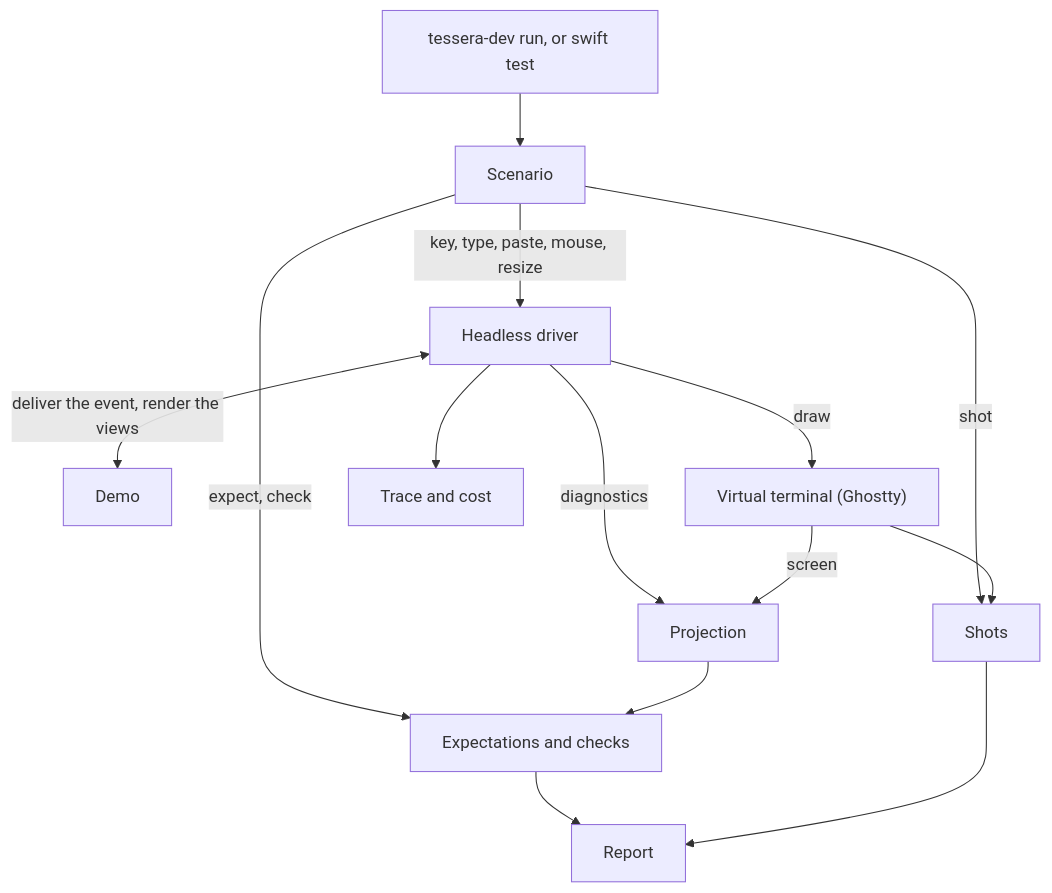
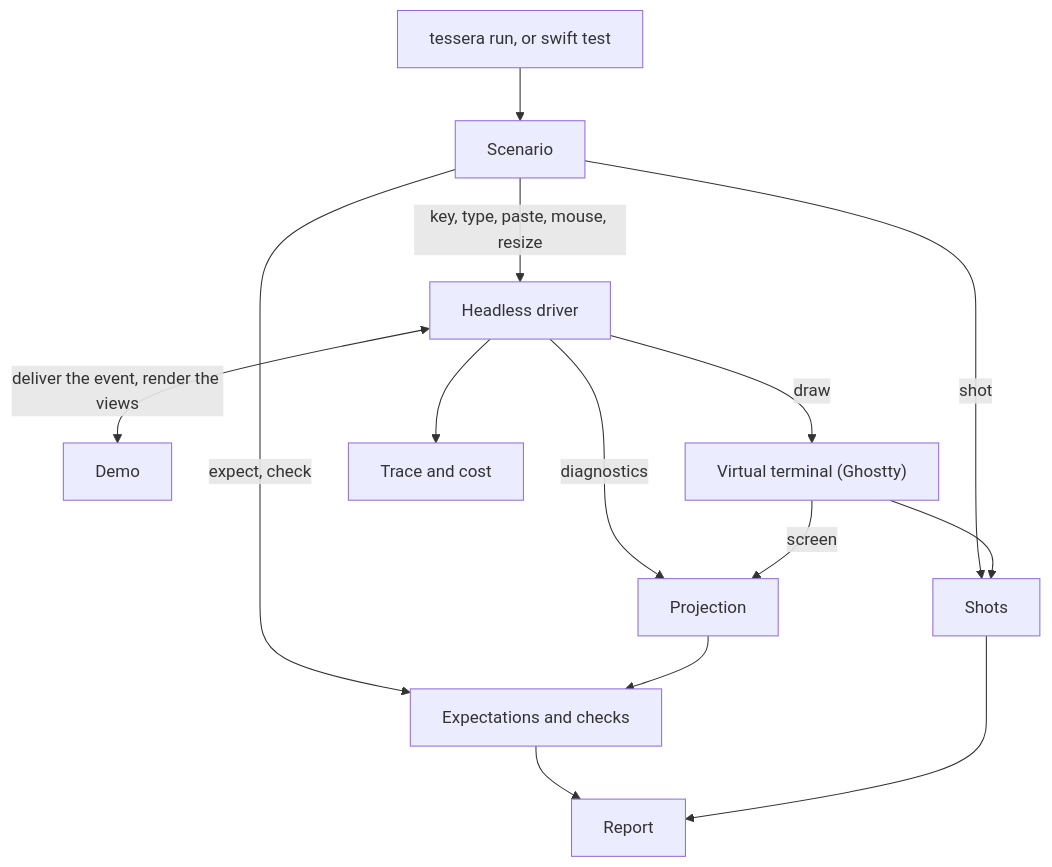
Before and after one commit to robfeldmann/tessera: the diagram in docs/architecture/developer-tooling.md, drawn with Mermaid. The commit also changed other lines of this file and 14 other files, not shown here.

Commit message:
docs(research): record the Decision 9 (i) app contract proposal and its architect review (#61)

````diff
--- a/docs/architecture/developer-tooling.md
+++ b/docs/architecture/developer-tooling.md
@@ -30,16 +30,16 @@
 ```mermaid
 flowchart TD
-  Start["tessera-dev run, or swift test"] --> Scenario
+  Start["tessera run, or swift test"] --> Scenario
   Scenario -->|"key, type, paste, mouse, resize"| Driver["Headless driver"]
   Driver <-->|"deliver the event, render the views"| Demo
   Driver -->|"draw"| VT["Virtual terminal (Ghostty)"]
   Driver -->|"diagnostics"| Projection
   VT -->|"screen"| Projection
   Driver --> Trace["Trace and cost"]
   Scenario -->|"expect, check"| Checks["Expectations and checks"]
   Projection --> Checks
   Scenario -->|"shot"| Shots
   VT --> Shots
   Checks --> Report
   Shots --> Report
 ```
````
